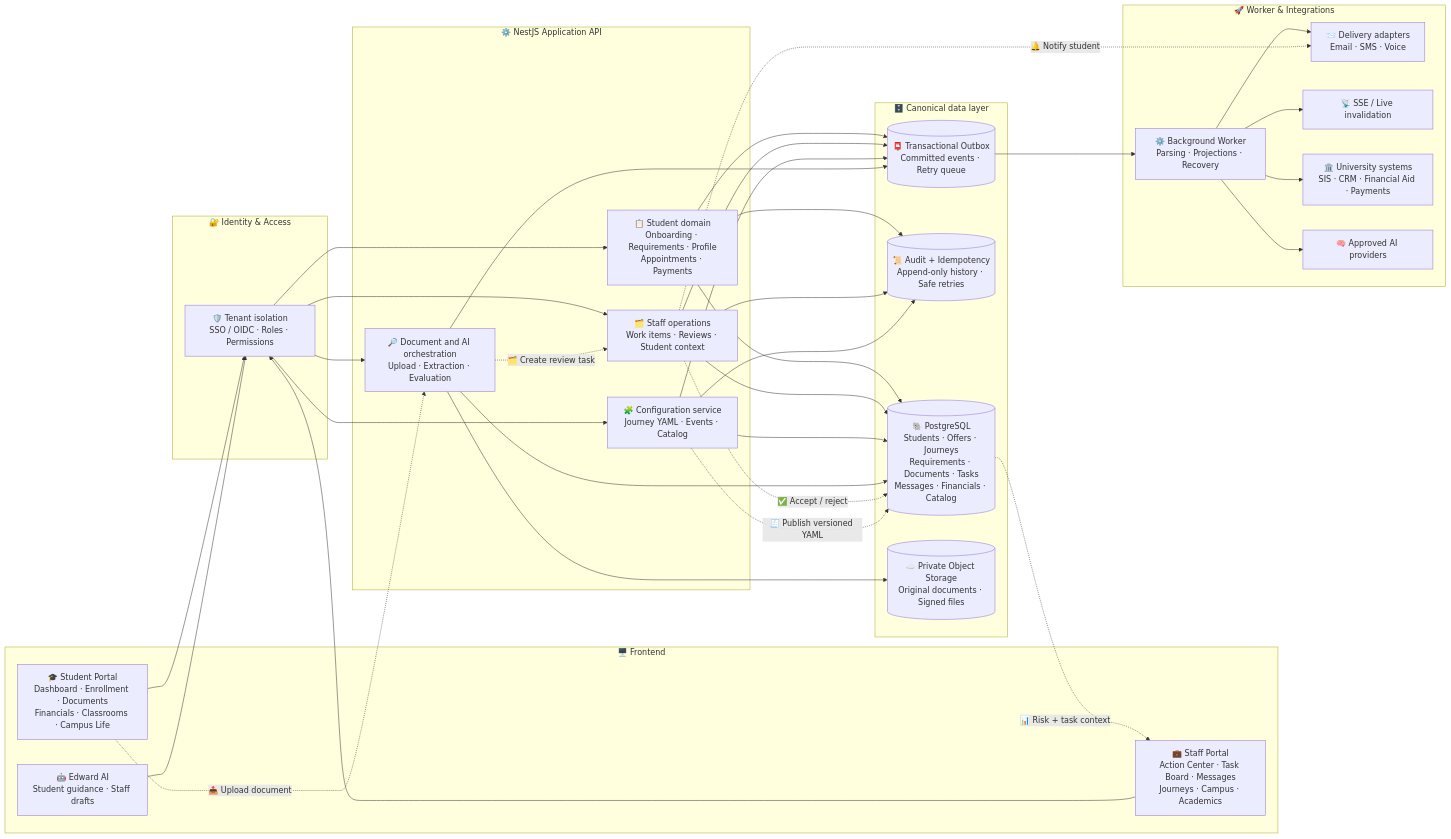
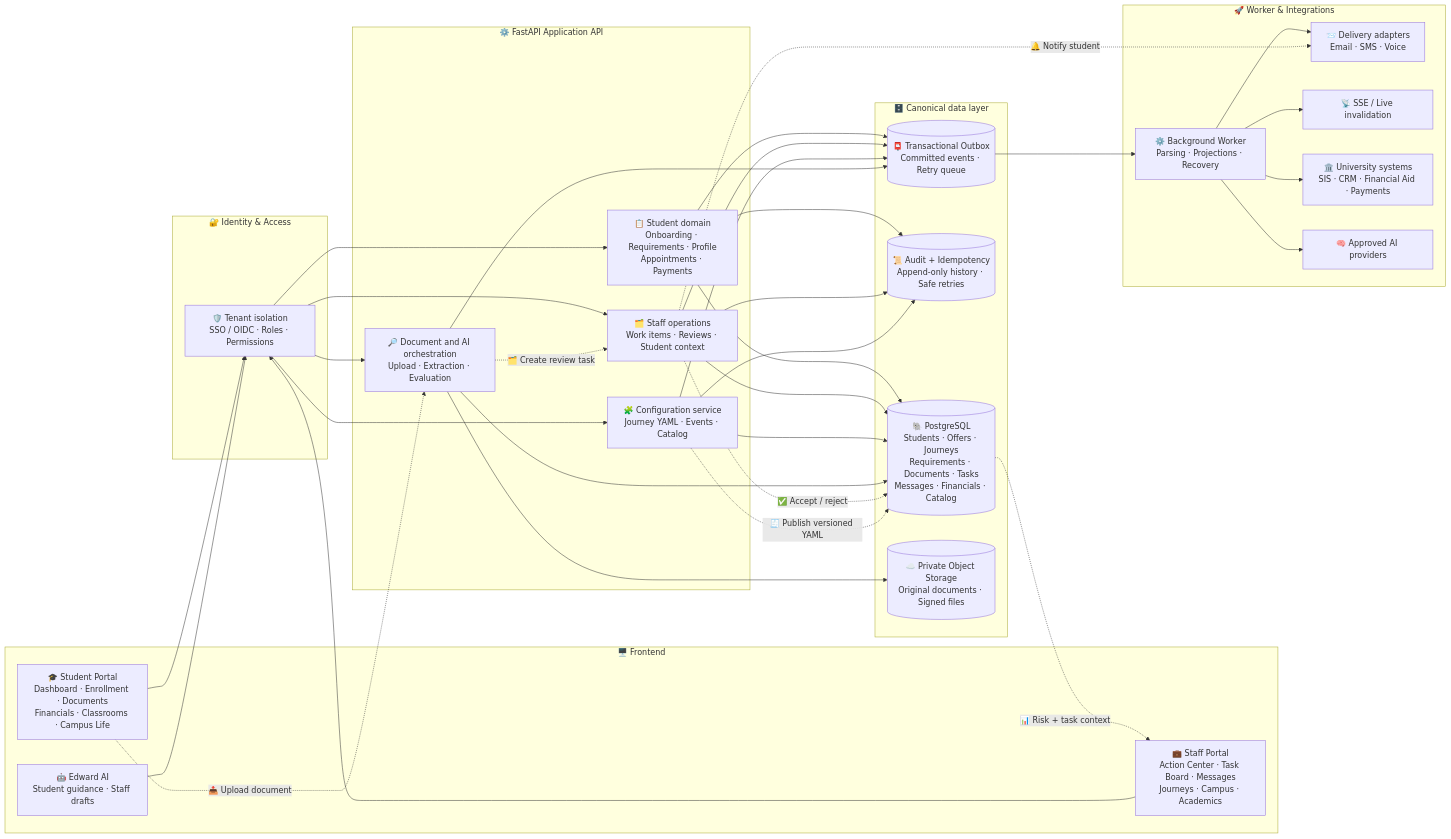
Before and after one commit to dhairya2801/audentra-portals-demo: the diagram in docs/architecture/student-staff-system.drawio-mermaid.md, drawn with Mermaid. The commit also changed 29 other files, not shown here.

````diff
--- a/docs/architecture/student-staff-system.drawio-mermaid.md
+++ b/docs/architecture/student-staff-system.drawio-mermaid.md
@@ -6,71 +6,71 @@
 ```mermaid
 flowchart LR
   subgraph FE["🖥️ Frontend"]
     Student["🎓 Student Portal<br/>Dashboard · Enrollment · Documents<br/>Financials · Classrooms · Campus Life"]
     Staff["💼 Staff Portal<br/>Action Center · Task Board · Messages<br/>Journeys · Campus · Academics"]
     Edward["🤖 Edward AI<br/>Student guidance · Staff drafts"]
   end
 
   subgraph Identity["🔐 Identity & Access"]
     Auth["🛡️ Tenant isolation<br/>SSO / OIDC · Roles · Permissions"]
   end
 
-  subgraph BE["⚙️ NestJS Application API"]
+  subgraph BE["⚙️ FastAPI Application API"]
     StudentAPI["📋 Student domain<br/>Onboarding · Requirements · Profile<br/>Appointments · Payments"]
     StaffAPI["🗂️ Staff operations<br/>Work items · Reviews · Student context"]
     ConfigAPI["🧩 Configuration service<br/>Journey YAML · Events · Catalog"]
     DocAPI["🔎 Document and AI orchestration<br/>Upload · Extraction · Evaluation"]
   end
 
   subgraph Data["🗄️ Canonical data layer"]
     PG[("🐘 PostgreSQL<br/>Students · Offers · Journeys<br/>Requirements · Documents · Tasks<br/>Messages · Financials · Catalog")]
     Audit[("📜 Audit + Idempotency<br/>Append-only history · Safe retries")]
     Outbox[("📮 Transactional Outbox<br/>Committed events · Retry queue")]
     Storage[("☁️ Private Object Storage<br/>Original documents · Signed files")]
   end
 
   subgraph Async["🚀 Worker & Integrations"]
     Worker["⚙️ Background Worker<br/>Parsing · Projections · Recovery"]
     Notify["📨 Delivery adapters<br/>Email · SMS · Voice"]
     Realtime["📡 SSE / Live invalidation"]
     University["🏛️ University systems<br/>SIS · CRM · Financial Aid · Payments"]
     AI["🧠 Approved AI providers"]
   end
 
   Student --> Auth
   Staff --> Auth
   Edward --> Auth
 
   Auth --> StudentAPI
   Auth --> StaffAPI
   Auth --> ConfigAPI
   Auth --> DocAPI
 
   StudentAPI --> PG
   StaffAPI --> PG
   ConfigAPI --> PG
   DocAPI --> PG
   DocAPI --> Storage
 
   StudentAPI --> Audit
   StaffAPI --> Audit
   ConfigAPI --> Audit
 
   StudentAPI --> Outbox
   StaffAPI --> Outbox
   ConfigAPI --> Outbox
   DocAPI --> Outbox
 
   Outbox --> Worker
   Worker --> Notify
   Worker --> Realtime
   Worker --> University
   Worker --> AI
 
   Student -. "📤 Upload document" .-> DocAPI
   DocAPI -. "🗂️ Create review task" .-> StaffAPI
   StaffAPI -. "✅ Accept / reject" .-> PG
   StaffAPI -. "🔔 Notify student" .-> Notify
   ConfigAPI -. "🧾 Publish versioned YAML" .-> PG
   PG -. "📊 Risk + task context" .-> Staff
 ```
````
